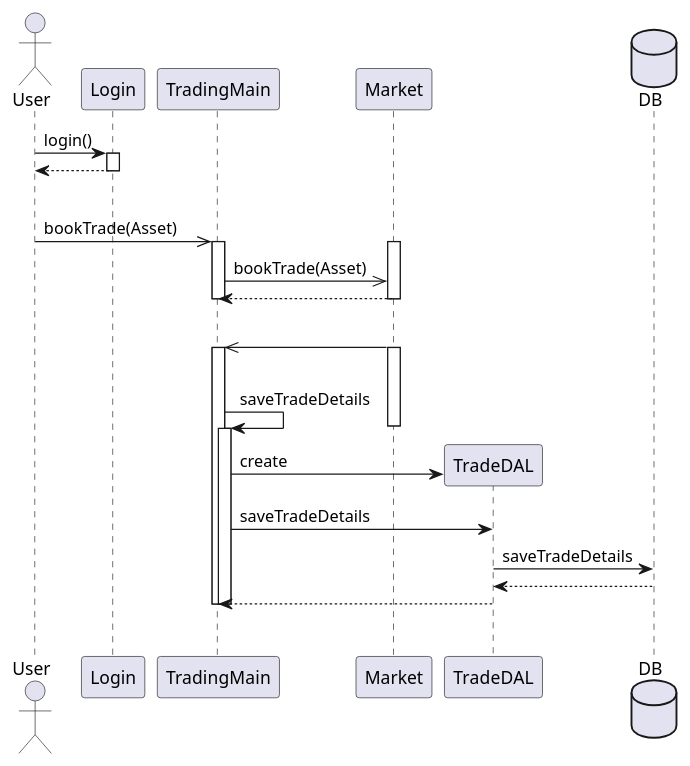
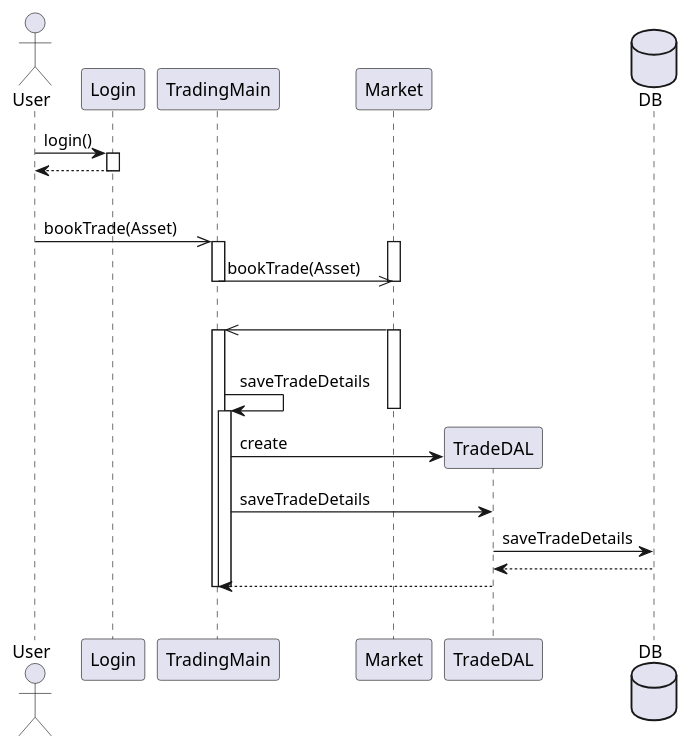
One commit to aridoza/foundational-java changed the first of 4 diagrams in uml/sequence-diagrams/resources/Uml-Sequence-diagram.puml. Above: the diagram before and after it, drawn with PlantUML. The commit also changed other lines of this file and 3 other files, not shown here.

Commit message:
Finished sequence diagram lesson, and added activity sequence diagram

```diff
--- a/uml/sequence-diagrams/resources/Uml-Sequence-diagram.puml
+++ b/uml/sequence-diagrams/resources/Uml-Sequence-diagram.puml
@@ -1,34 +3,33 @@
 @startuml
 actor User
 User->Login: login()
 activate Login
 Login--> User
 deactivate Login
 |||
 User->>TradingMain: bookTrade(Asset)
 Activate TradingMain
 activate Market
 TradingMain->>Market: bookTrade(Asset)
-Market-->TradingMain
 deactivate Market
 deactivate TradingMain
 |||
 Market->>TradingMain
 activate Market
 activate TradingMain
 |||
 TradingMain->TradingMain: saveTradeDetails
 activate TradingMain
 deactivate Market
 TradingMain -> TradeDAL ** : create
 TradingMain->TradeDAL: saveTradeDetails
 database DB
 TradeDAL->DB: saveTradeDetails
 DB-->TradeDAL
 TradeDAL-->TradingMain
 |||
 deactivate TradingMain
 deactivate TradingMain
 
 
 @enduml
```
